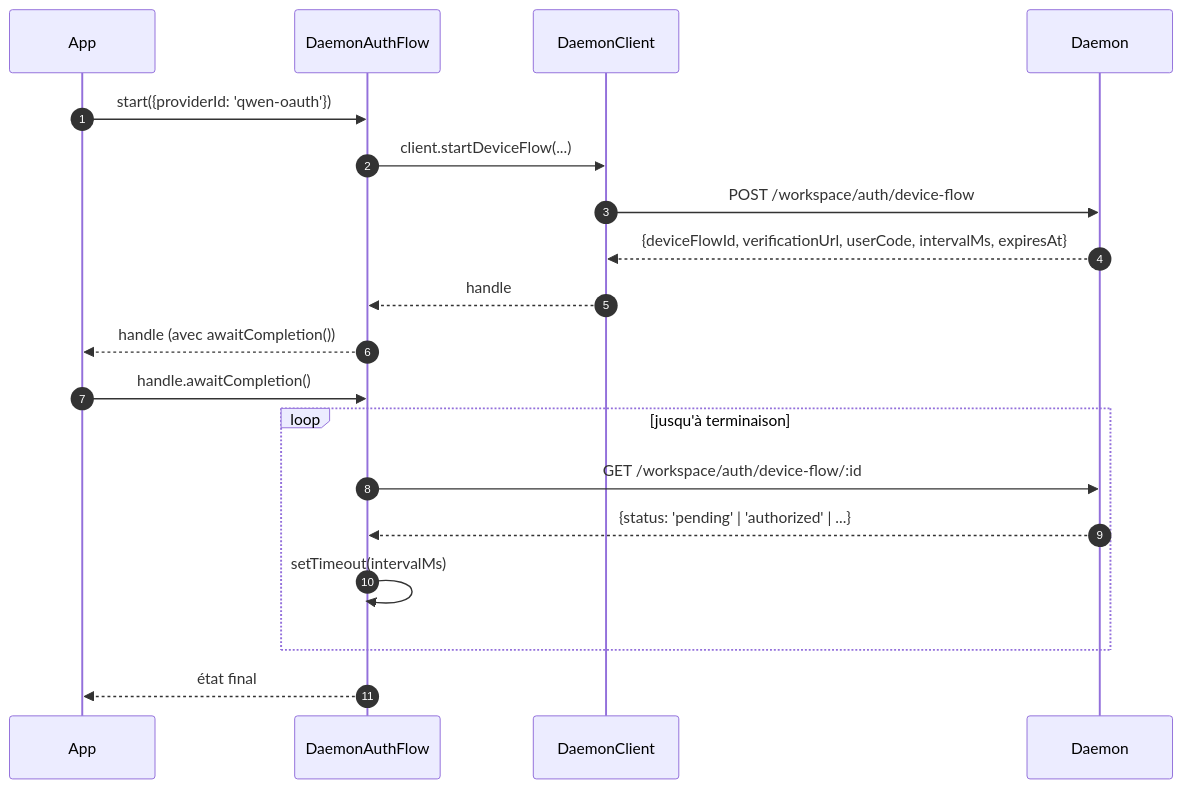
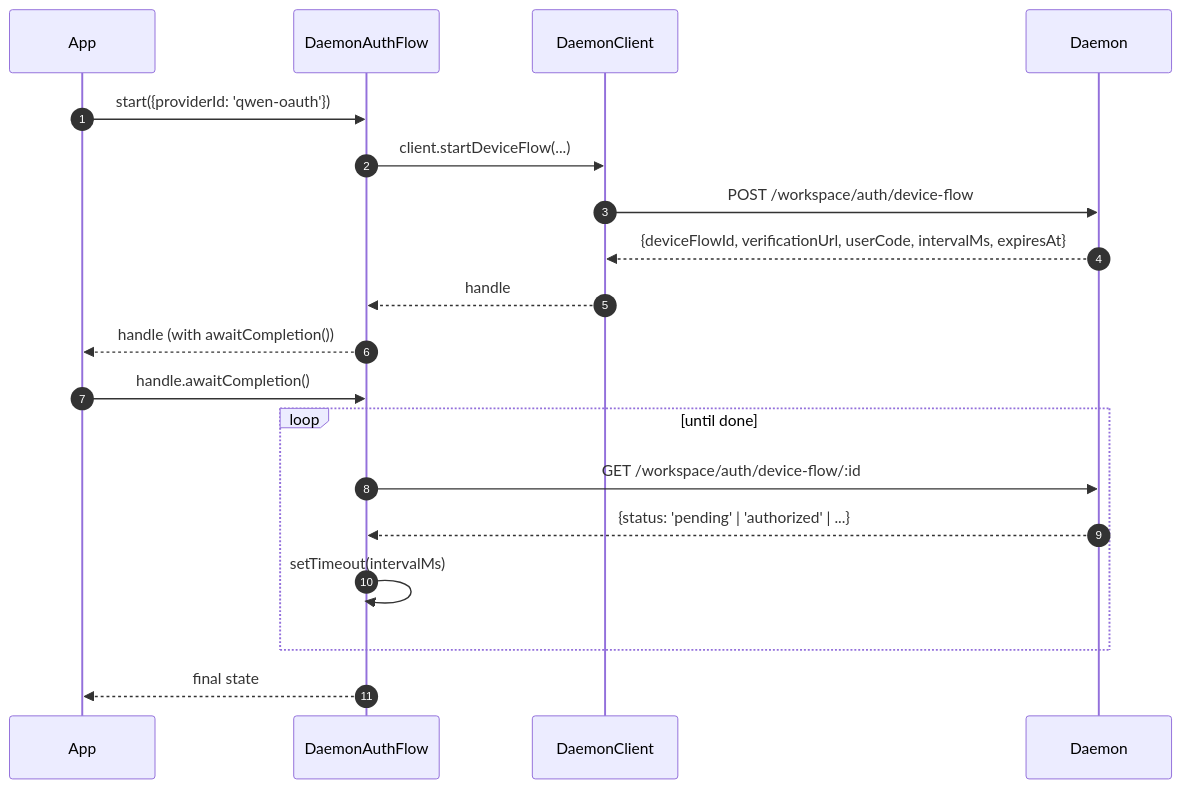
Before and after one commit to QwenLM/qwen-code-docs: the third of 3 diagrams in website/content/fr/developers/daemon/13-sdk-daemon-client.md, drawn with Mermaid. The commit also changed other lines of this file and 162 other files, not shown here.

````diff
--- a/website/content/fr/developers/daemon/13-sdk-daemon-client.md
+++ b/website/content/fr/developers/daemon/13-sdk-daemon-client.md
@@ -181,22 +181,22 @@
 ```mermaid
 sequenceDiagram
     autonumber
     participant App as App
     participant AF as DaemonAuthFlow
     participant DC as DaemonClient
     participant D as Daemon
 
     App->>AF: start({providerId: 'qwen-oauth'})
     AF->>DC: client.startDeviceFlow(...)
     DC->>D: POST /workspace/auth/device-flow
     D-->>DC: {deviceFlowId, verificationUrl, userCode, intervalMs, expiresAt}
     DC-->>AF: handle
-    AF-->>App: handle (avec awaitCompletion())
+    AF-->>App: handle (with awaitCompletion())
     App->>AF: handle.awaitCompletion()
-    loop jusqu'à terminaison
+    loop until done
         AF->>D: GET /workspace/auth/device-flow/:id
         D-->>AF: {status: 'pending' | 'authorized' | ...}
         AF->>AF: setTimeout(intervalMs)
     end
-    AF-->>App: état final
+    AF-->>App: final state
 ```
````
